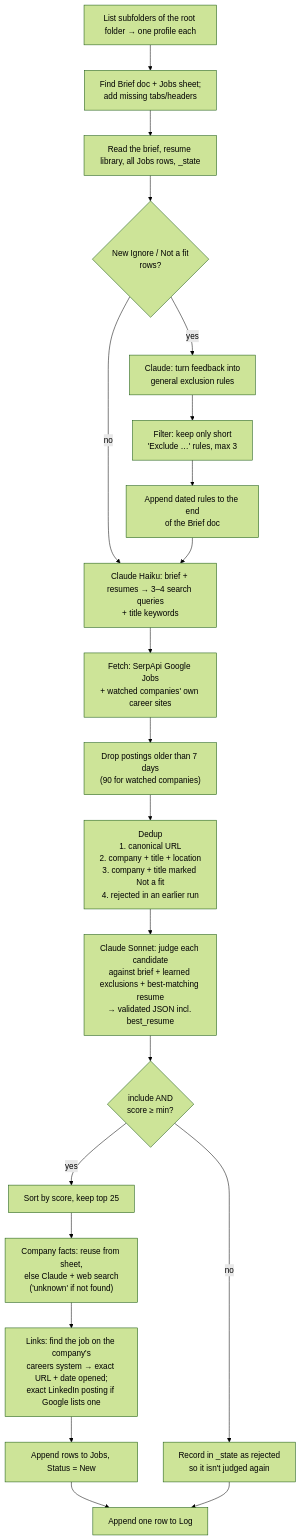
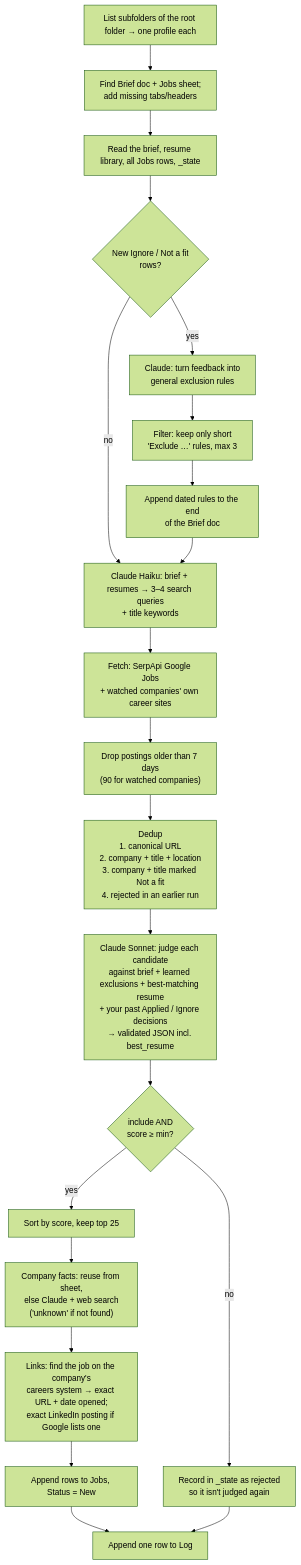
One commit to juliavasan/job-scout changed the second of 6 diagrams in docs/ARCHITECTURE.md. Above: the diagram before and after it, drawn with Mermaid (forest theme). The commit also changed other lines of this file and 9 other files, not shown here.

First line of the commit message:
Self-improvement loop: past Applied / Ignore decisions become judge examples, measured by the eval

````diff
--- a/docs/ARCHITECTURE.md
+++ b/docs/ARCHITECTURE.md
@@ -66,22 +66,22 @@
 ```mermaid
 flowchart TD
     A["List subfolders of the root folder → one profile each"] --> A2["Find Brief doc + Jobs sheet;<br/>add missing tabs/headers"]
     A2 --> B["Read the brief, resume library, all Jobs rows, _state"]
     B --> C{"New Ignore / Not a fit<br/>rows?"}
     C -- yes --> D["Claude: turn feedback into<br/>general exclusion rules"]
     D --> D2["Filter: keep only short<br/>'Exclude …' rules, max 3"] --> E["Append dated rules to the end<br/>of the Brief doc"]
     C -- no --> F
     E --> F["Claude Haiku: brief + resumes → 3–4 search queries<br/>+ title keywords"]
     F --> G["Fetch: SerpApi Google Jobs<br/>+ watched companies' own career sites"]
     G --> H["Drop postings older than 7 days<br/>(90 for watched companies)"]
     H --> I["Dedup<br/>1. canonical URL<br/>2. company + title + location<br/>3. company + title marked Not a fit<br/>4. rejected in an earlier run"]
-    I --> J["Claude Sonnet: judge each candidate<br/>against brief + learned exclusions + best-matching resume<br/>→ validated JSON incl. best_resume"]
+    I --> J["Claude Sonnet: judge each candidate<br/>against brief + learned exclusions + best-matching resume<br/>+ your past Applied / Ignore decisions<br/>→ validated JSON incl. best_resume"]
     J --> K{"include AND<br/>score ≥ min?"}
     K -- no --> L["Record in _state as rejected<br/>so it isn't judged again"]
     K -- yes --> M["Sort by score, keep top 25"]
     M --> N["Company facts: reuse from sheet,<br/>else Claude + web search<br/>('unknown' if not found)"]
     N --> N2["Links: find the job on the company's<br/>careers system → exact URL + date opened;<br/>exact LinkedIn posting if Google lists one"]
     N2 --> O["Append rows to Jobs, Status = New"]
     O --> P["Append one row to Log"]
     L --> P
 ```
````
